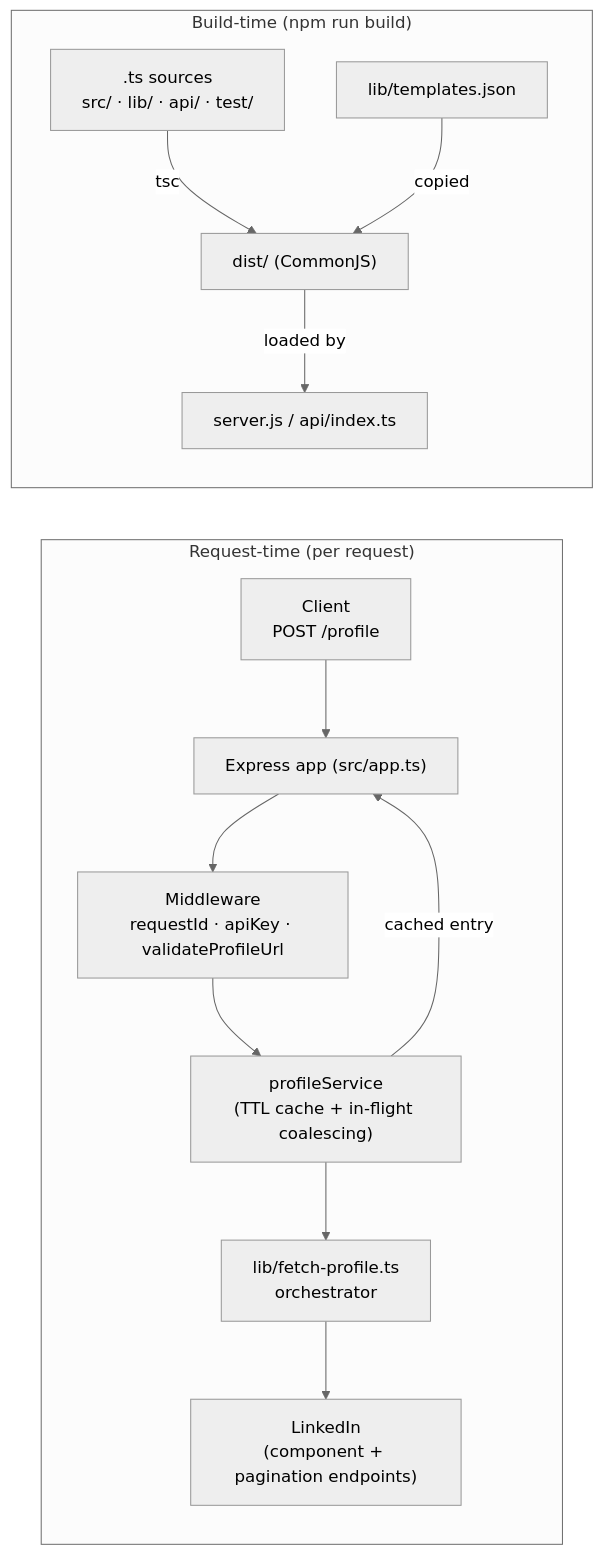
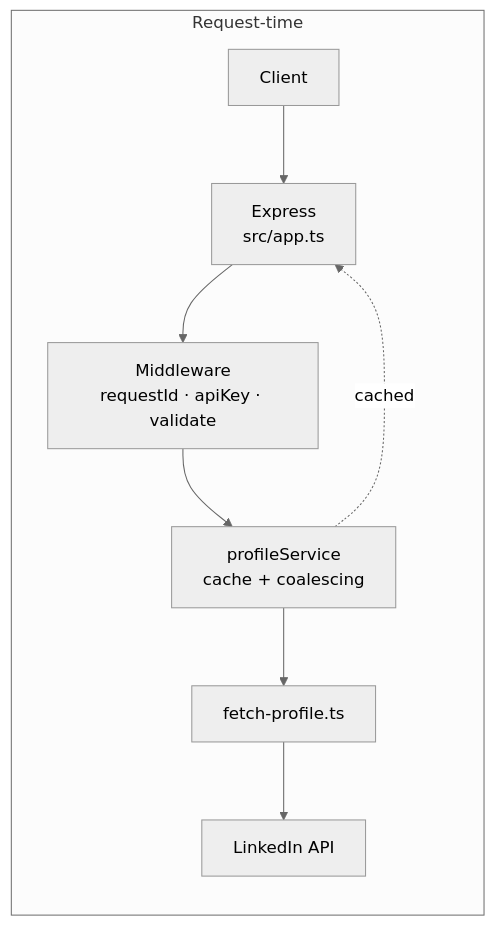
The diagram in README.md (PriyeshPandey2000/linkedin-profile-api), drawn with Mermaid (neutral theme) before and after one commit.

````diff
--- a/README.md
+++ b/README.md
@@ -36,18 +36,11 @@
 ```mermaid
 flowchart LR
-    subgraph Runtime["Request-time (per request)"]
-        C["Client<br/>POST /profile"]
-        C --> R["Express app (src/app.ts)"]
-        R --> M["Middleware<br/>requestId · apiKey · validateProfileUrl"]
-        M --> S["profileService<br/>(TTL cache + in-flight coalescing)"]
-        S --> F["lib/fetch-profile.ts<br/>orchestrator"]
-        F --> L["LinkedIn<br/>(component + pagination endpoints)"]
-        S -->|"cached entry"| R
-    end
-
-    subgraph Build["Build-time (npm run build)"]
-        TS[".ts sources<br/>src/ · lib/ · api/ · test/"] -->|"tsc"| DIST["dist/ (CommonJS)"]
-        TPL["lib/templates.json"] -->|"copied"| DIST
-        DIST -->|"loaded by"| SHIM["server.js / api/index.ts"]
+    subgraph Runtime["Request-time"]
+        C["Client"] --> R["Express<br/>src/app.ts"]
+        R --> M["Middleware<br/>requestId · apiKey · validate"]
+        M --> S["profileService<br/>cache + coalescing"]
+        S --> F["fetch-profile.ts"]
+        F --> L["LinkedIn API"]
+        S -.->|"cached"| R
     end
 ```
````
